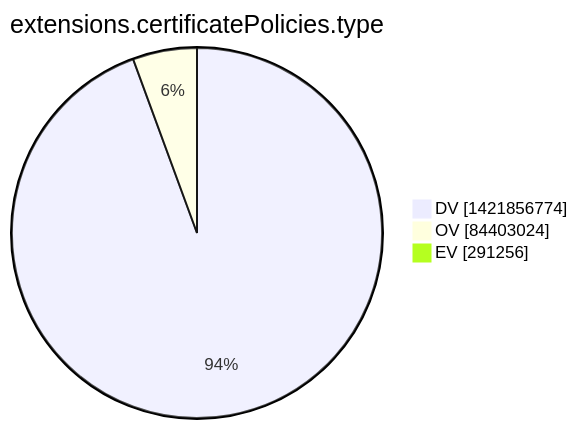
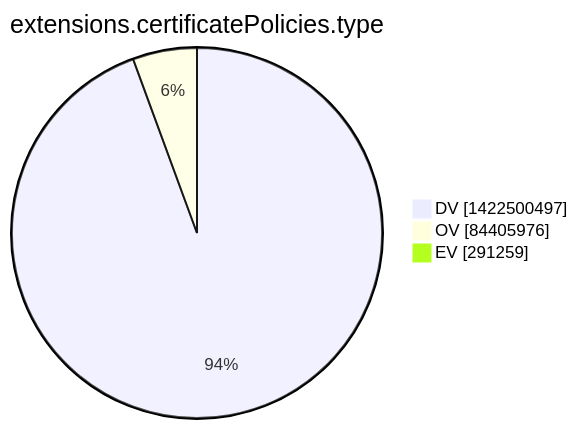
The tenth of 15 diagrams in argon2022/README.md (christiankrug/ctmonitor_visualization), drawn with Mermaid before and after one commit. The commit also changed other lines of this file, not shown here.

````diff
--- a/argon2022/README.md
+++ b/argon2022/README.md
@@ -2773,7 +2773,7 @@
 ```mermaid
 pie showData
 title extensions.certificatePolicies.type
-"DV" :1421856774
-"OV" :84403024
-"EV" :291256
+"DV" :1422500497
+"OV" :84405976
+"EV" :291259
 ```
````
